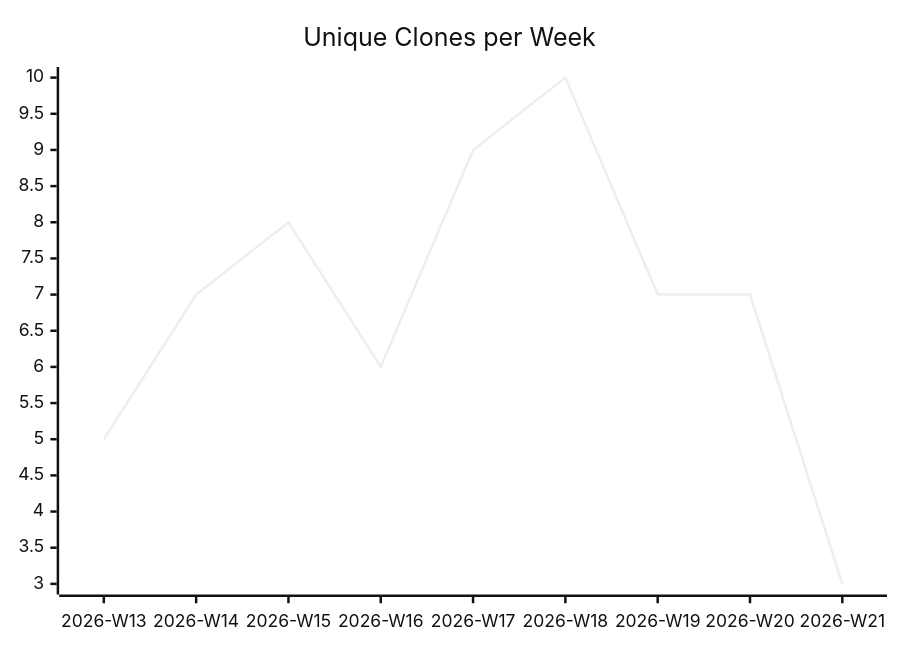
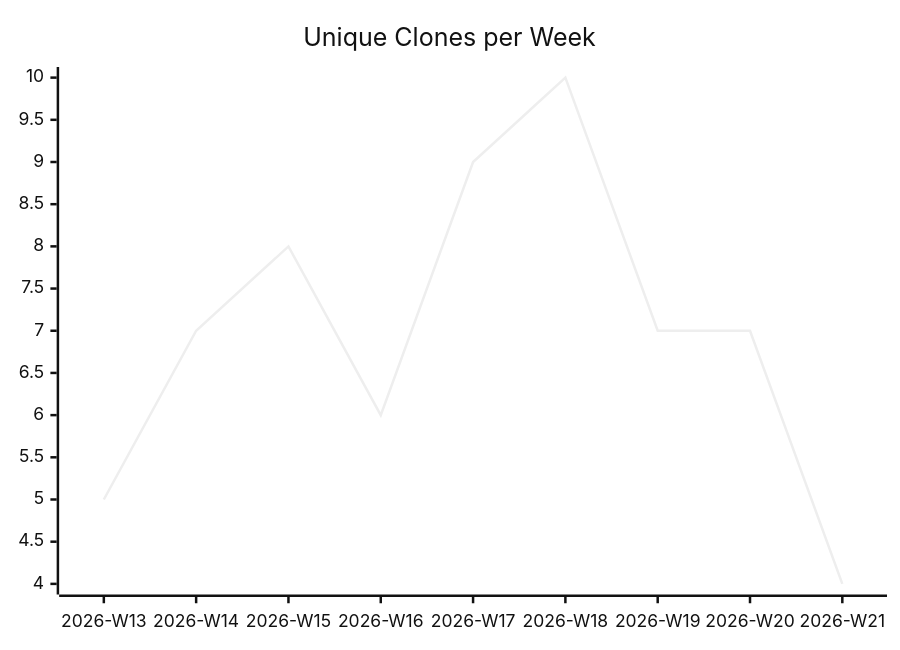
The third of 3 diagrams in karlmdavis/ansible-role-jenkins2/README.md (justdavis-family/github-analytics-data), drawn with Mermaid (neutral theme) before and after one commit. The commit also changed other lines of this file and 190 other files, not shown here.

````diff
--- a/karlmdavis/ansible-role-jenkins2/README.md
+++ b/karlmdavis/ansible-role-jenkins2/README.md
@@ -19,6 +19,6 @@
 ```mermaid
 xychart-beta
   title "Unique Clones per Week"
   x-axis ["2026-W13", "2026-W14", "2026-W15", "2026-W16", "2026-W17", "2026-W18", "2026-W19", "2026-W20", "2026-W21"]
-  line [5, 7, 8, 6, 9, 10, 7, 7, 3]
+  line [5, 7, 8, 6, 9, 10, 7, 7, 4]
 ```
````
